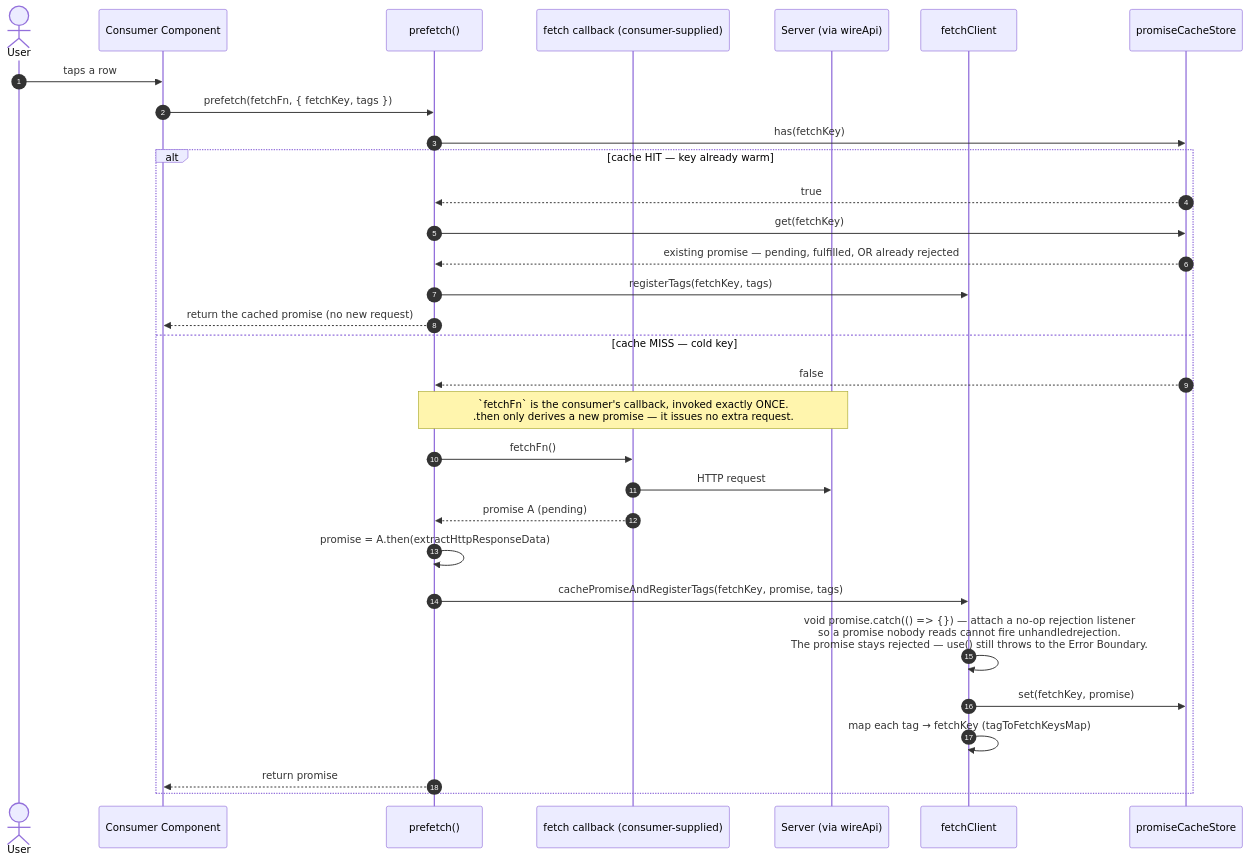
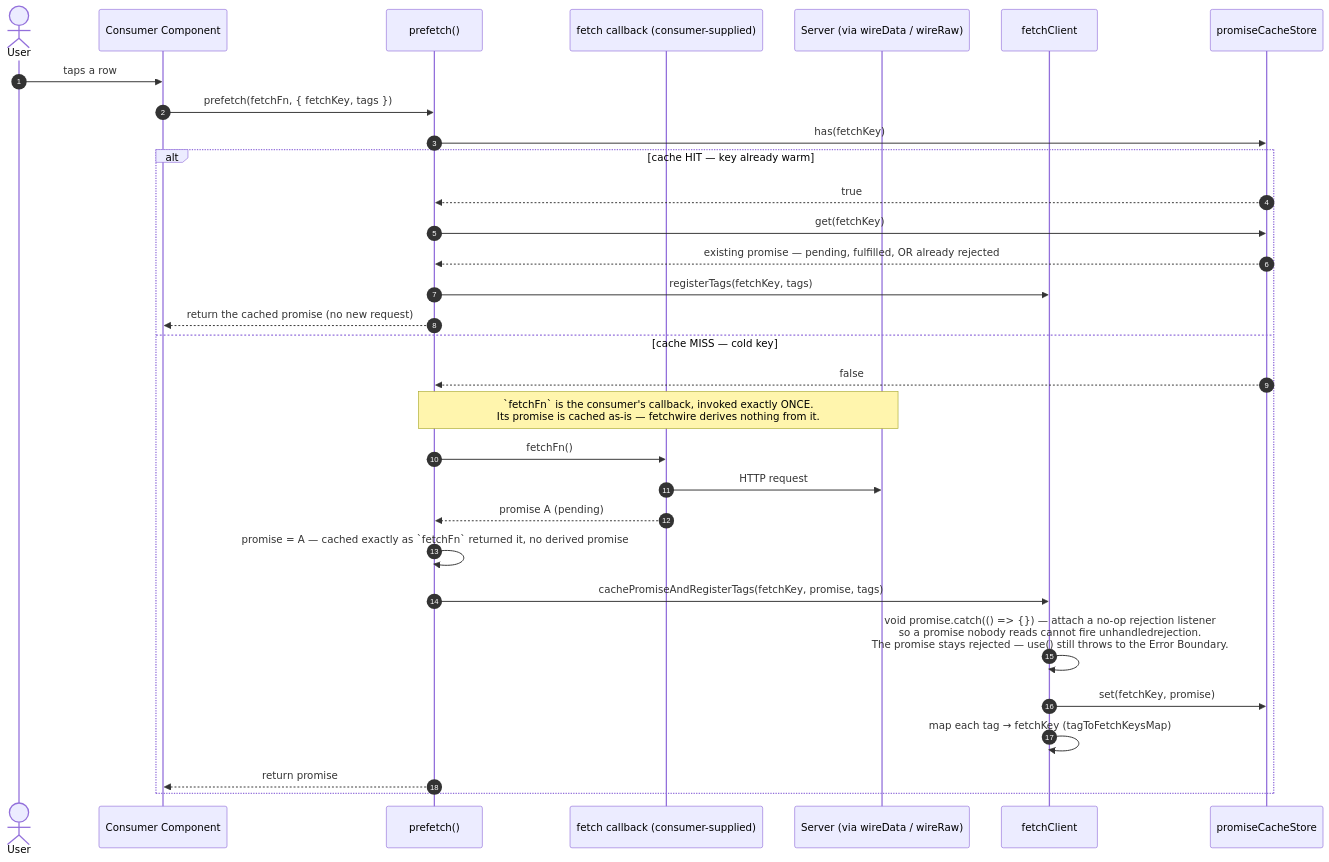
The second of 3 diagrams in docs/architecture/PREFETCH-FLOW.md (chuhaiphu/fetchwire), drawn with Mermaid before and after one commit. The commit also changed 18 other files, not shown here.

First line of the commit message:
refactor: update mutation and fetch hooks to return raw data instead of HttpResponse

````diff
--- a/docs/architecture/PREFETCH-FLOW.md
+++ b/docs/architecture/PREFETCH-FLOW.md
@@ -36,38 +36,38 @@
 ```mermaid
 sequenceDiagram
     autonumber
     actor User
     participant Cmp as Consumer Component
     participant PF as prefetch()
     participant Fn as fetch callback (consumer-supplied)
-    participant API as Server (via wireApi)
+    participant API as Server (via wireData / wireRaw)
     participant FC as fetchClient
     participant Cache as promiseCacheStore
 
     User->>Cmp: taps a row
     Cmp->>PF: prefetch(fetchFn, { fetchKey, tags })
 
     PF->>Cache: has(fetchKey)
 
     alt cache HIT — key already warm
         Cache-->>PF: true
         PF->>Cache: get(fetchKey)
         Cache-->>PF: existing promise — pending, fulfilled, OR already rejected
         PF->>FC: registerTags(fetchKey, tags)
         PF-->>Cmp: return the cached promise (no new request)
     else cache MISS — cold key
         Cache-->>PF: false
 
-        Note over PF,API: `fetchFn` is the consumer's callback, invoked exactly ONCE.<br/>.then only derives a new promise — it issues no extra request.
+        Note over PF,API: `fetchFn` is the consumer's callback, invoked exactly ONCE.<br/>Its promise is cached as-is — fetchwire derives nothing from it.
         PF->>Fn: fetchFn()
         Fn->>API: HTTP request
         Fn-->>PF: promise A (pending)
-        PF->>PF: promise = A.then(extractHttpResponseData)
+        PF->>PF: promise = A — cached exactly as `fetchFn` returned it, no derived promise
 
         PF->>FC: cachePromiseAndRegisterTags(fetchKey, promise, tags)
         FC->>FC: void promise.catch(() => {}) — attach a no-op rejection listener<br/>so a promise nobody reads cannot fire unhandledrejection.<br/>The promise stays rejected — use() still throws to the Error Boundary.
         FC->>Cache: set(fetchKey, promise)
         FC->>FC: map each tag → fetchKey (tagToFetchKeysMap)
         PF-->>Cmp: return promise
     end
 ```
````
